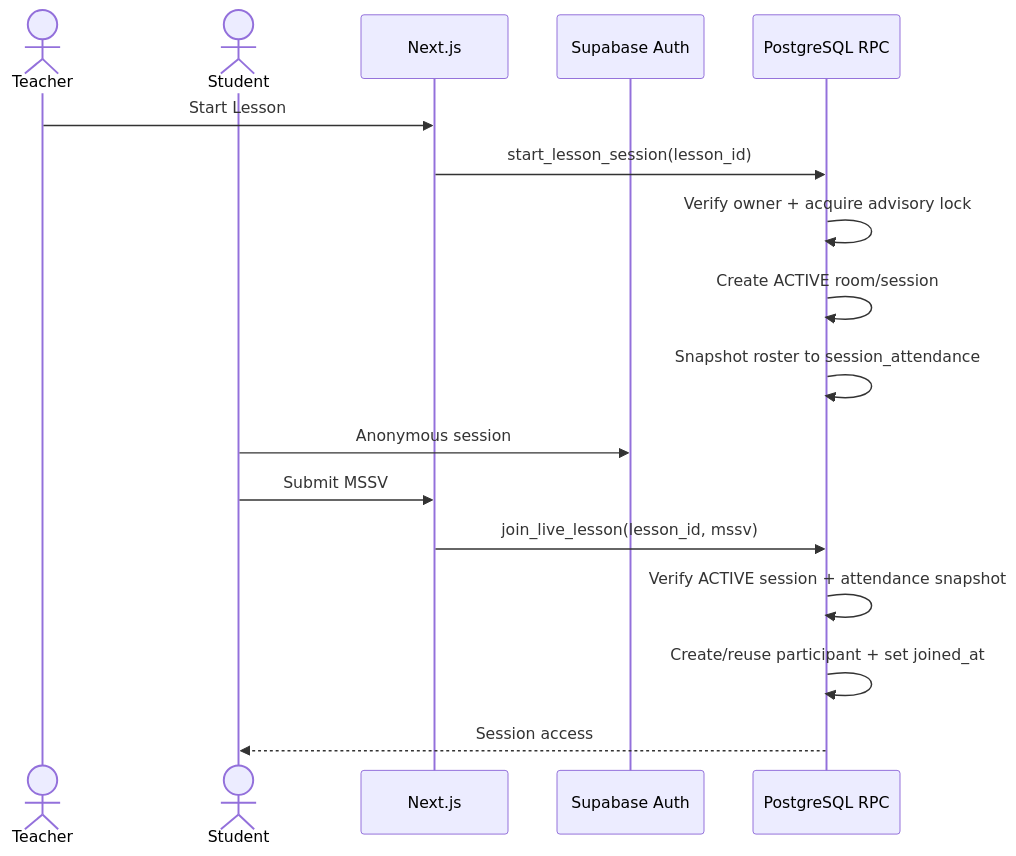
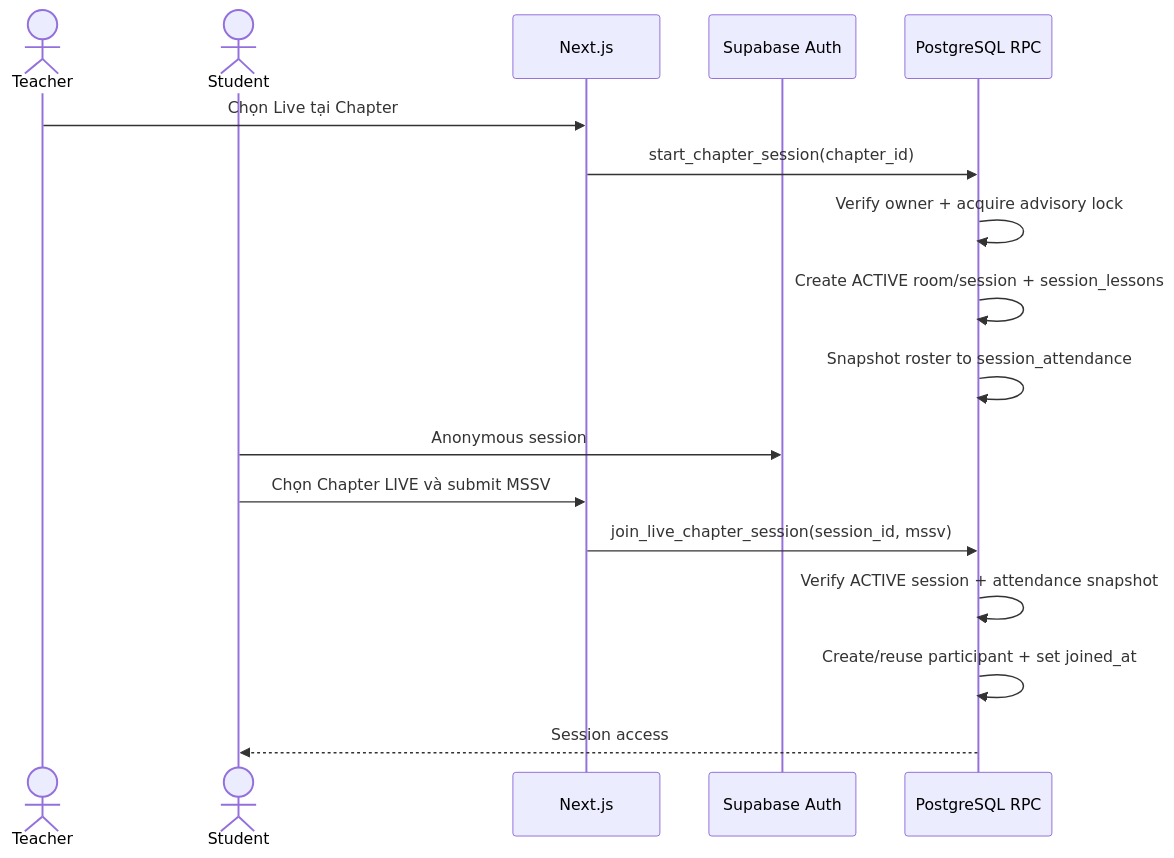
Before and after one commit to duytuandao21/min-class: the third of 5 diagrams in document/TECHNICAL_DOCUMENTATION.md, drawn with Mermaid. The commit also changed other lines of this file and 9 other files, not shown here.

````diff
--- a/document/TECHNICAL_DOCUMENTATION.md
+++ b/document/TECHNICAL_DOCUMENTATION.md
@@ -164,20 +169,20 @@
 ```mermaid
 sequenceDiagram
     actor Teacher
     actor Student
     participant App as Next.js
     participant Auth as Supabase Auth
     participant DB as PostgreSQL RPC
 
-    Teacher->>App: Start Lesson
-    App->>DB: start_lesson_session(lesson_id)
+    Teacher->>App: Chọn Live tại Chapter
+    App->>DB: start_chapter_session(chapter_id)
     DB->>DB: Verify owner + acquire advisory lock
-    DB->>DB: Create ACTIVE room/session
+    DB->>DB: Create ACTIVE room/session + session_lessons
     DB->>DB: Snapshot roster to session_attendance
     Student->>Auth: Anonymous session
-    Student->>App: Submit MSSV
-    App->>DB: join_live_lesson(lesson_id, mssv)
+    Student->>App: Chọn Chapter LIVE và submit MSSV
+    App->>DB: join_live_chapter_session(session_id, mssv)
     DB->>DB: Verify ACTIVE session + attendance snapshot
     DB->>DB: Create/reuse participant + set joined_at
     DB-->>Student: Session access
 ```
````
